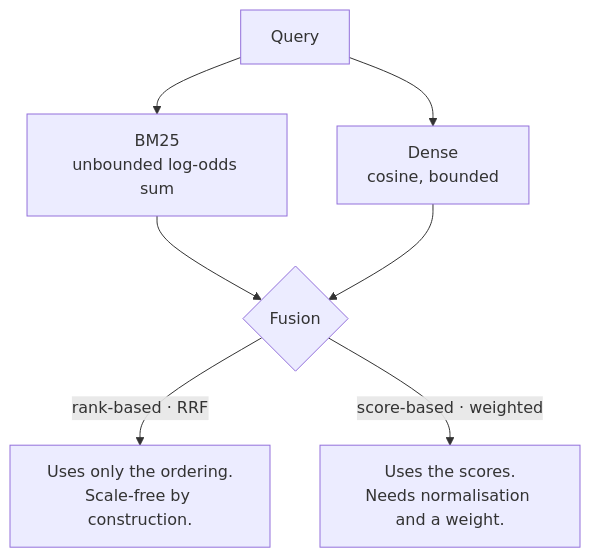
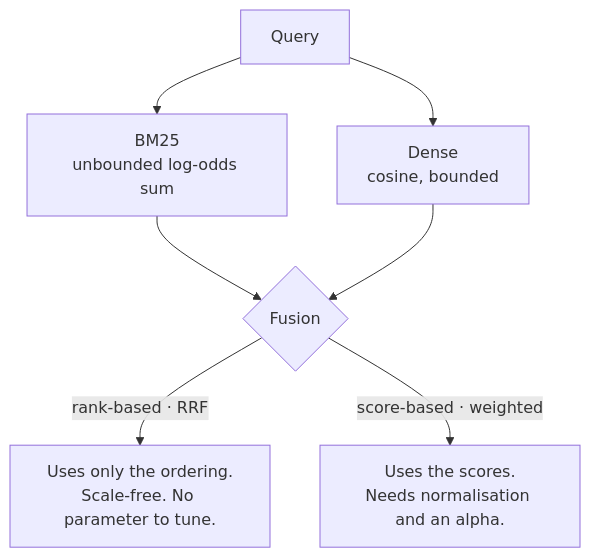
The diagram in lab-simulator/units/R2-fusion-decision/BRIEF.md (fde-academy-lab/advanced-rag-lab), drawn with Mermaid before and after one commit. The commit also changed other lines of this file and 62 other files, not shown here.

````diff
--- a/lab-simulator/units/R2-fusion-decision/BRIEF.md
+++ b/lab-simulator/units/R2-fusion-decision/BRIEF.md
@@ -27,9 +27,9 @@
 ```mermaid
 flowchart TB
     Q["Query"] --> B["BM25<br/>unbounded log-odds sum"]
     Q --> D["Dense<br/>cosine, bounded"]
     B --> R{"Fusion"}
     D --> R
-    R -->|"rank-based · RRF"| RR["Uses only the ordering.<br/>Scale-free by construction."]
-    R -->|"score-based · weighted"| WW["Uses the scores.<br/>Needs normalisation and a weight."]
+    R -->|"rank-based · RRF"| RR["Uses only the ordering.<br/>Scale-free. No parameter to tune."]
+    R -->|"score-based · weighted"| WW["Uses the scores.<br/>Needs normalisation and an alpha."]
 ```
````
